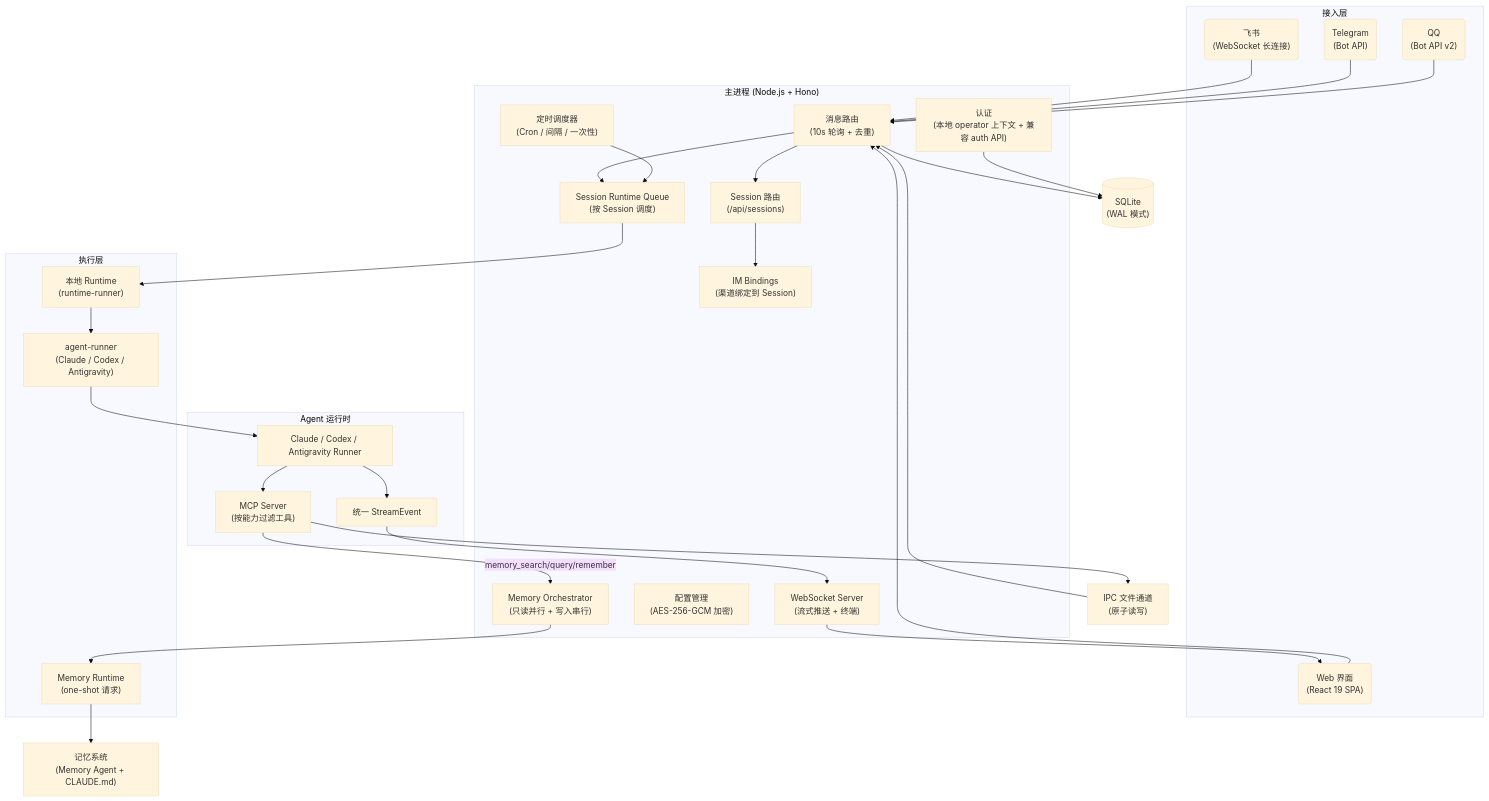
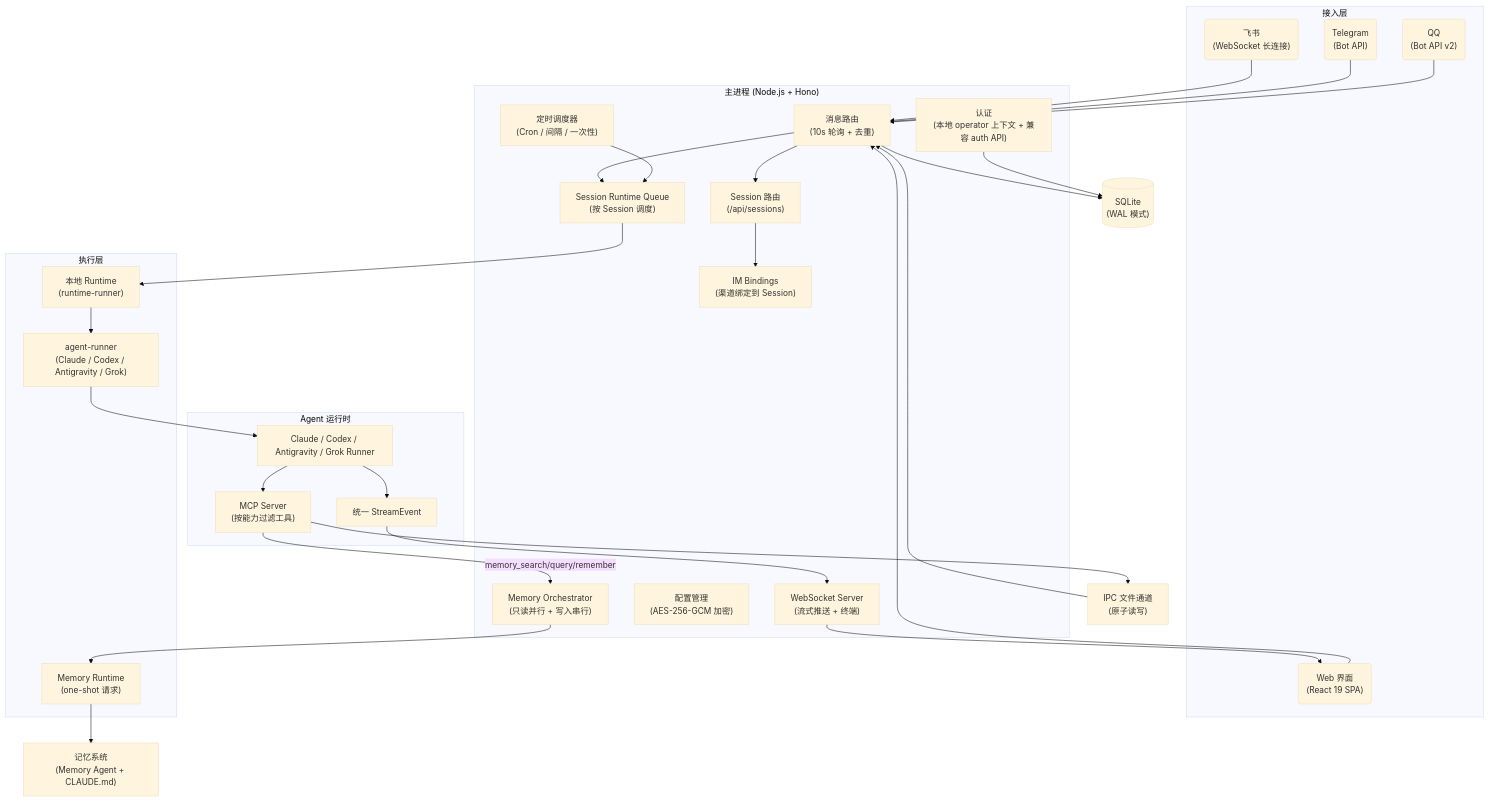
The diagram in README.md (ar8327/happyclaw), drawn with Mermaid (base theme) before and after one commit. The commit also changed other lines of this file and 14 other files, not shown here.

First line of the commit message:
新增: grok runner 支持

````diff
--- a/README.md
+++ b/README.md
@@ -358,74 +359,74 @@
 ```mermaid
 flowchart TD
     subgraph 接入层
         Feishu("飞书<br/>(WebSocket 长连接)")
         Telegram("Telegram<br/>(Bot API)")
         QQ("QQ<br/>(Bot API v2)")
         Web("Web 界面<br/>(React 19 SPA)")
     end
 
     subgraph 主进程["主进程 (Node.js + Hono)"]
         Router["消息路由<br/>(10s 轮询 + 去重)"]
         Sessions["Session 路由<br/>(/api/sessions)"]
         Queue["Session Runtime Queue<br/>(按 Session 调度)"]
         Scheduler["定时调度器<br/>(Cron / 间隔 / 一次性)"]
         WS["WebSocket Server<br/>(流式推送 + 终端)"]
         Auth["认证<br/>(本地 operator 上下文 + 兼容 auth API)"]
         Config["配置管理<br/>(AES-256-GCM 加密)"]
         Bindings["IM Bindings<br/>(渠道绑定到 Session)"]
         MemMgr["Memory Orchestrator<br/>(只读并行 + 写入串行)"]
     end
 
     subgraph 执行层
         Runtime["本地 Runtime<br/>(runtime-runner)"]
-        AgentRunner["agent-runner<br/>(Claude / Codex / Antigravity)"]
+        AgentRunner["agent-runner<br/>(Claude / Codex / Antigravity / Grok)"]
         MemAgent["Memory Runtime<br/>(one-shot 请求)"]
     end
 
     subgraph Agent["Agent 运行时"]
-        Runner["Claude / Codex / Antigravity Runner"]
+        Runner["Claude / Codex / Antigravity / Grok Runner"]
         MCP["MCP Server<br/>(按能力过滤工具)"]
         Stream["统一 StreamEvent"]
     end
 
     DB[("SQLite<br/>(WAL 模式)")]
     IPC["IPC 文件通道<br/>(原子读写)"]
     Memory["记忆系统<br/>(Memory Agent + CLAUDE.md)"]
 
     Feishu --> Router
     Telegram --> Router
     QQ --> Router
     Web --> Router
 
     Router --> Sessions
     Router --> Queue
     Sessions --> Bindings
     Queue --> Runtime
     Scheduler --> Queue
 
     Runtime --> AgentRunner
     AgentRunner --> Runner
     Runner --> MCP
     Runner --> Stream
 
     MCP --> IPC
     IPC --> Router
 
     Stream --> WS
     WS --> Web
 
     MCP -->|memory_search/query/remember| MemMgr
     MemMgr --> MemAgent
     MemAgent --> Memory
 
     Router --> DB
     Auth --> DB
 
     class Feishu,Telegram,QQ,Web fe
     class Router,Sessions,Queue,Scheduler,WS,Auth,Config,Bindings svc
     class DB db
     class Runtime,AgentRunner,MemAgent faas
     class Runner,MCP,Stream faas
     class IPC cfg
     class Memory cfg
 ```
````
